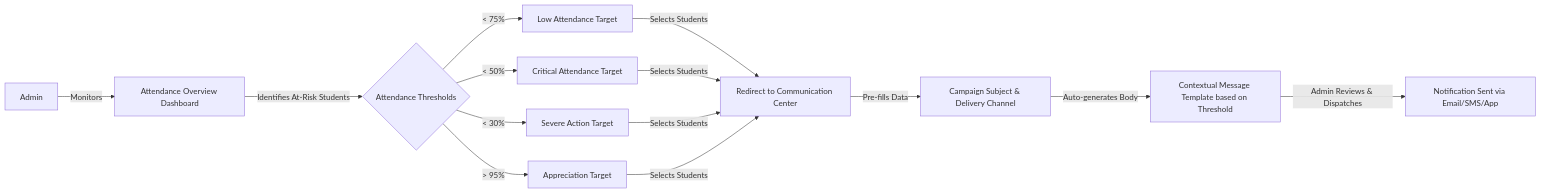
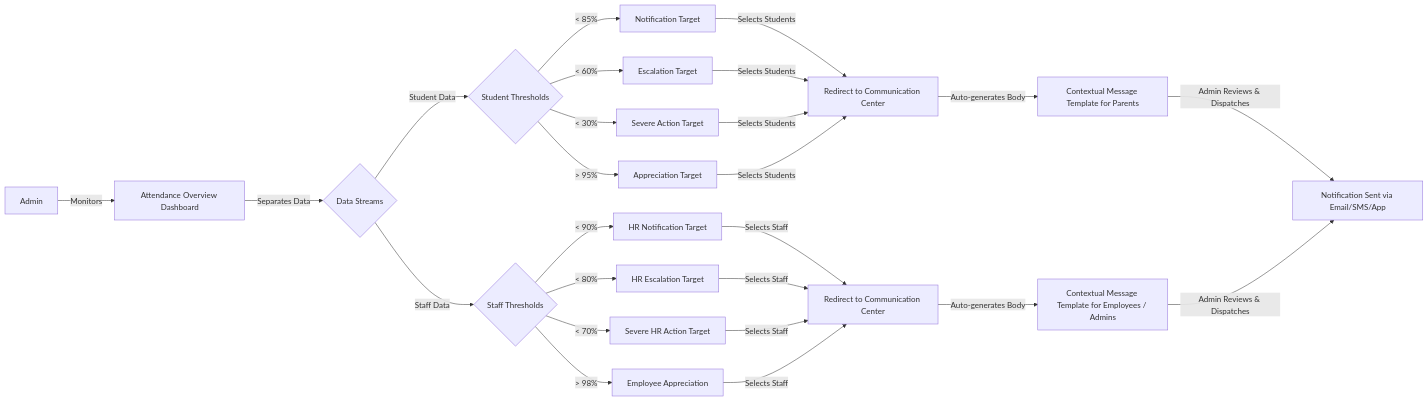
Diagram 23 of 27 in docs/03-workflow-diagrams.md (psykingko/school-erp-system), drawn with Mermaid before and after one commit. The commit also changed other lines of this file and 19 other files, not shown here.

Commit message:
Admins + teachers attendance feature implemented

````diff
--- a/docs/03-workflow-diagrams.md
+++ b/docs/03-workflow-diagrams.md
@@ -411,14 +411,25 @@
 ```mermaid
 flowchart LR
     A[Admin] -->|Monitors| B[Attendance Overview Dashboard]
-    B -->|Identifies At-Risk Students| C{Attendance Thresholds}
-    C -->|< 75%| D[Low Attendance Target]
-    C -->|< 50%| E[Critical Attendance Target]
+    B -->|Separates Data| Z{Data Streams}
+
+    Z -->|Student Data| C{Student Thresholds}
+    C -->|< 85%| D[Notification Target]
+    C -->|< 60%| E[Escalation Target]
     C -->|< 30%| F[Severe Action Target]
     C -->|> 95%| G[Appreciation Target]
     
     D & E & F & G -->|Selects Students| H[Redirect to Communication Center]
-    H -->|Pre-fills Data| I[Campaign Subject & Delivery Channel]
-    I -->|Auto-generates Body| J[Contextual Message Template based on Threshold]
-    J -->|Admin Reviews & Dispatches| K[Notification Sent via Email/SMS/App]
+    H -->|Auto-generates Body| J[Contextual Message Template for Parents]
+
+    Z -->|Staff Data| C2{Staff Thresholds}
+    C2 -->|< 90%| D2[HR Notification Target]
+    C2 -->|< 80%| E2[HR Escalation Target]
+    C2 -->|< 70%| F2[Severe HR Action Target]
+    C2 -->|> 98%| G2[Employee Appreciation]
+
+    D2 & E2 & F2 & G2 -->|Selects Staff| H2[Redirect to Communication Center]
+    H2 -->|Auto-generates Body| J2[Contextual Message Template for Employees / Admins]
+
+    J & J2 -->|Admin Reviews & Dispatches| K[Notification Sent via Email/SMS/App]
 ```
````
